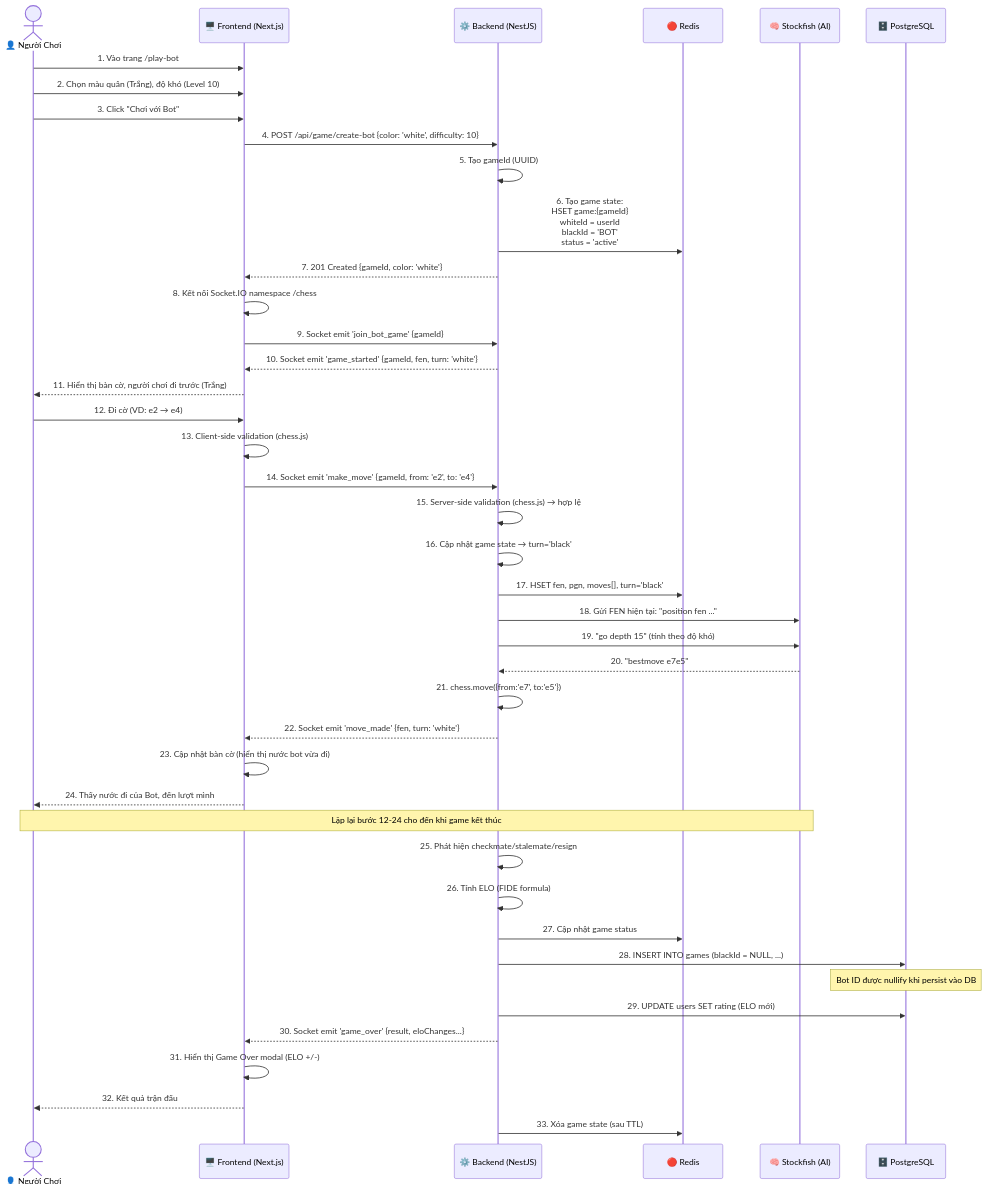
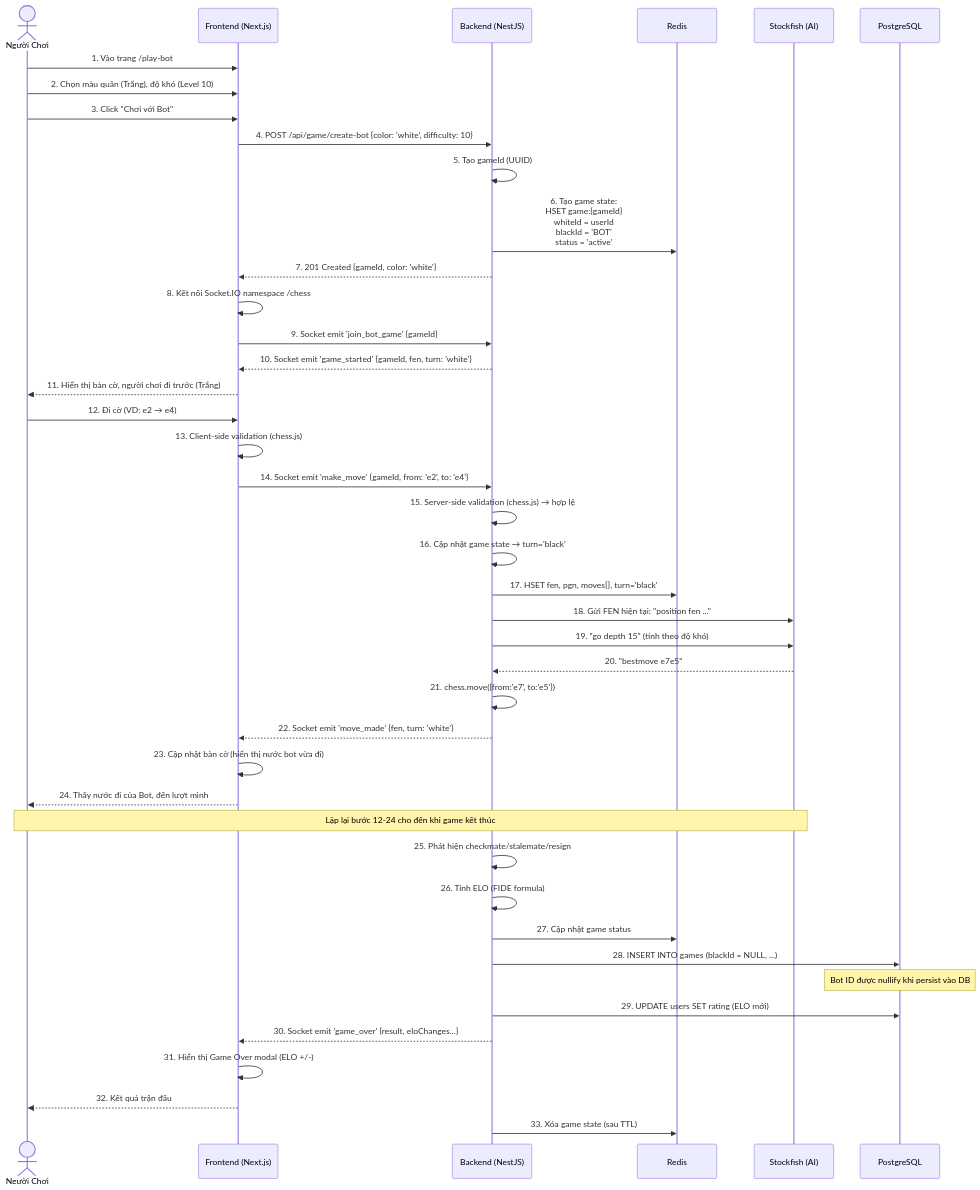
The ninth of 22 diagrams in docs/sequence-diagrams.md (legiabao0907/web-chess-real-time), drawn with Mermaid before and after one commit. The commit also changed other lines of this file, not shown here.

````diff
--- a/docs/sequence-diagrams.md
+++ b/docs/sequence-diagrams.md
@@ -402,57 +402,57 @@
 ```mermaid
 sequenceDiagram
-    actor Player as 👤 Người Chơi
-    participant FE as 🖥️ Frontend (Next.js)
-    participant BE as ⚙️ Backend (NestJS)
-    participant Redis as 🔴 Redis
-    participant Stockfish as 🧠 Stockfish (AI)
-    participant PG as 🗄️ PostgreSQL
+ actor Player as Người Chơi
+ participant FE as Frontend (Next.js)
+ participant BE as Backend (NestJS)
+ participant Redis as Redis
+ participant Stockfish as Stockfish (AI)
+ participant PG as PostgreSQL
 
-    Player->>FE: 1. Vào trang /play-bot
-    Player->>FE: 2. Chọn màu quân (Trắng), độ khó (Level 10)
-    Player->>FE: 3. Click "Chơi với Bot"
+ Player->>FE: 1. Vào trang /play-bot
+ Player->>FE: 2. Chọn màu quân (Trắng), độ khó (Level 10)
+ Player->>FE: 3. Click "Chơi với Bot"
 
-    FE->>BE: 4. POST /api/game/create-bot {color: 'white', difficulty: 10}
-    BE->>BE: 5. Tạo gameId (UUID)
-    BE->>Redis: 6. Tạo game state:<br/>HSET game:{gameId}<br/>  whiteId = userId<br/>  blackId = 'BOT'<br/>  status = 'active'
-    BE-->>FE: 7. 201 Created {gameId, color: 'white'}
+ FE->>BE: 4. POST /api/game/create-bot {color: 'white', difficulty: 10}
+ BE->>BE: 5. Tạo gameId (UUID)
+ BE->>Redis: 6. Tạo game state:<br/>HSET game:{gameId}<br/> whiteId = userId<br/> blackId = 'BOT'<br/> status = 'active'
+ BE-->>FE: 7. 201 Created {gameId, color: 'white'}
 
-    FE->>FE: 8. Kết nối Socket.IO namespace /chess
-    FE->>BE: 9. Socket emit 'join_bot_game' {gameId}
-    BE-->>FE: 10. Socket emit 'game_started' {gameId, fen, turn: 'white'}
-    FE-->>Player: 11. Hiển thị bàn cờ, người chơi đi trước (Trắng)
+ FE->>FE: 8. Kết nối Socket.IO namespace /chess
+ FE->>BE: 9. Socket emit 'join_bot_game' {gameId}
+ BE-->>FE: 10. Socket emit 'game_started' {gameId, fen, turn: 'white'}
+ FE-->>Player: 11. Hiển thị bàn cờ, người chơi đi trước (Trắng)
 
-    %% Người chơi đi cờ
-    Player->>FE: 12. Đi cờ (VD: e2 → e4)
-    FE->>FE: 13. Client-side validation (chess.js)
-    FE->>BE: 14. Socket emit 'make_move' {gameId, from: 'e2', to: 'e4'}
-    BE->>BE: 15. Server-side validation (chess.js) → hợp lệ
-    BE->>BE: 16. Cập nhật game state → turn='black'
-    BE->>Redis: 17. HSET fen, pgn, moves[], turn='black'
+ %% Người chơi đi cờ
+ Player->>FE: 12. Đi cờ (VD: e2 → e4)
+ FE->>FE: 13. Client-side validation (chess.js)
+ FE->>BE: 14. Socket emit 'make_move' {gameId, from: 'e2', to: 'e4'}
+ BE->>BE: 15. Server-side validation (chess.js) → hợp lệ
+ BE->>BE: 16. Cập nhật game state → turn='black'
+ BE->>Redis: 17. HSET fen, pgn, moves[], turn='black'
 
-    %% Bot phản hồi
-    BE->>Stockfish: 18. Gửi FEN hiện tại: "position fen ..."
-    BE->>Stockfish: 19. "go depth 15" (tính theo độ khó)
-    Stockfish-->>BE: 20. "bestmove e7e5"
-    BE->>BE: 21. chess.move({from:'e7', to:'e5'})
+ %% Bot phản hồi
+ BE->>Stockfish: 18. Gửi FEN hiện tại: "position fen ..."
+ BE->>Stockfish: 19. "go depth 15" (tính theo độ khó)
+ Stockfish-->>BE: 20. "bestmove e7e5"
+ BE->>BE: 21. chess.move({from:'e7', to:'e5'})
 
-    BE-->>FE: 22. Socket emit 'move_made' {fen, turn: 'white'}
-    FE->>FE: 23. Cập nhật bàn cờ (hiển thị nước bot vừa đi)
-    FE-->>Player: 24. Thấy nước đi của Bot, đến lượt mình
+ BE-->>FE: 22. Socket emit 'move_made' {fen, turn: 'white'}
+ FE->>FE: 23. Cập nhật bàn cờ (hiển thị nước bot vừa đi)
+ FE-->>Player: 24. Thấy nước đi của Bot, đến lượt mình
 
-    Note over Player, Stockfish: Lặp lại bước 12-24 cho đến khi game kết thúc
+ Note over Player, Stockfish: Lặp lại bước 12-24 cho đến khi game kết thúc
 
-    %% Game kết thúc
-    BE->>BE: 25. Phát hiện checkmate/stalemate/resign
-    BE->>BE: 26. Tính ELO (FIDE formula)
-    BE->>Redis: 27. Cập nhật game status
-    BE->>PG: 28. INSERT INTO games (blackId = NULL, ...)
-    Note over PG: Bot ID được nullify khi persist vào DB
-    BE->>PG: 29. UPDATE users SET rating (ELO mới)
+ %% Game kết thúc
+ BE->>BE: 25. Phát hiện checkmate/stalemate/resign
+ BE->>BE: 26. Tính ELO (FIDE formula)
+ BE->>Redis: 27. Cập nhật game status
+ BE->>PG: 28. INSERT INTO games (blackId = NULL, ...)
+ Note over PG: Bot ID được nullify khi persist vào DB
+ BE->>PG: 29. UPDATE users SET rating (ELO mới)
 
-    BE-->>FE: 30. Socket emit 'game_over' {result, eloChanges...}
-    FE->>FE: 31. Hiển thị Game Over modal (ELO +/-)
-    FE-->>Player: 32. Kết quả trận đấu
+ BE-->>FE: 30. Socket emit 'game_over' {result, eloChanges...}
+ FE->>FE: 31. Hiển thị Game Over modal (ELO +/-)
+ FE-->>Player: 32. Kết quả trận đấu
 
-    BE->>Redis: 33. Xóa game state (sau TTL)
+ BE->>Redis: 33. Xóa game state (sau TTL)
 ```
````
